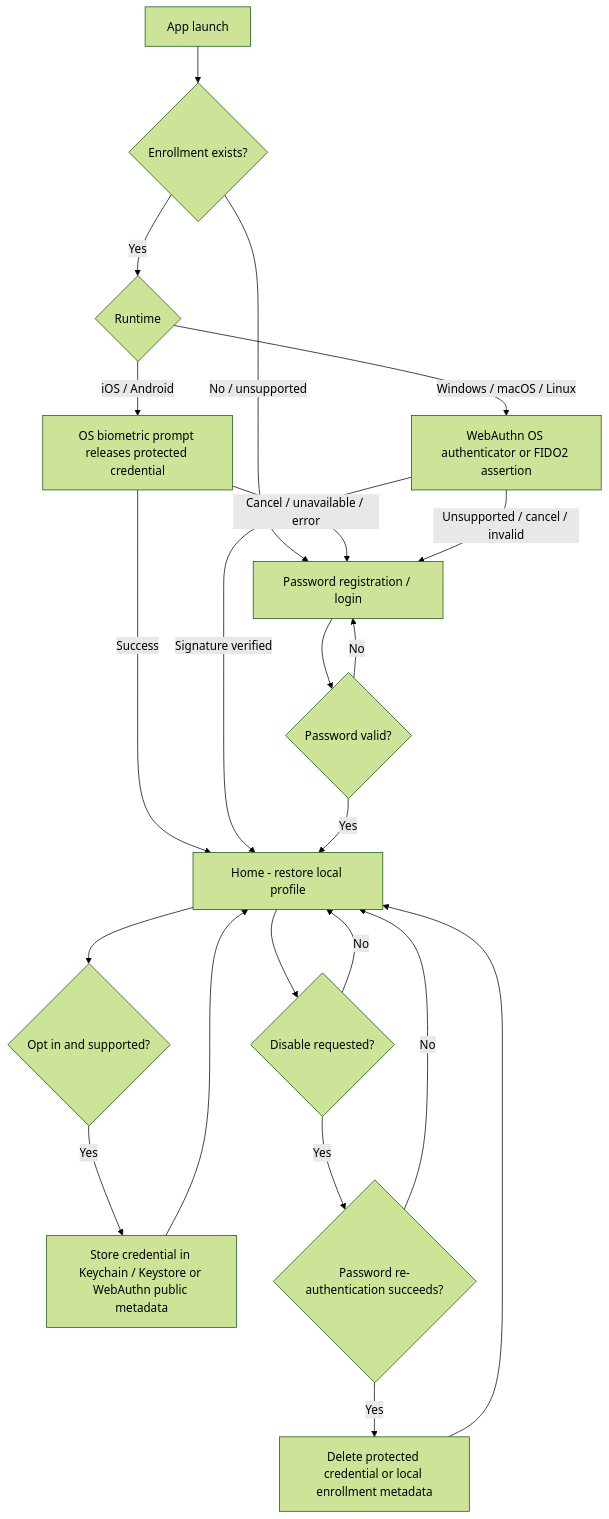
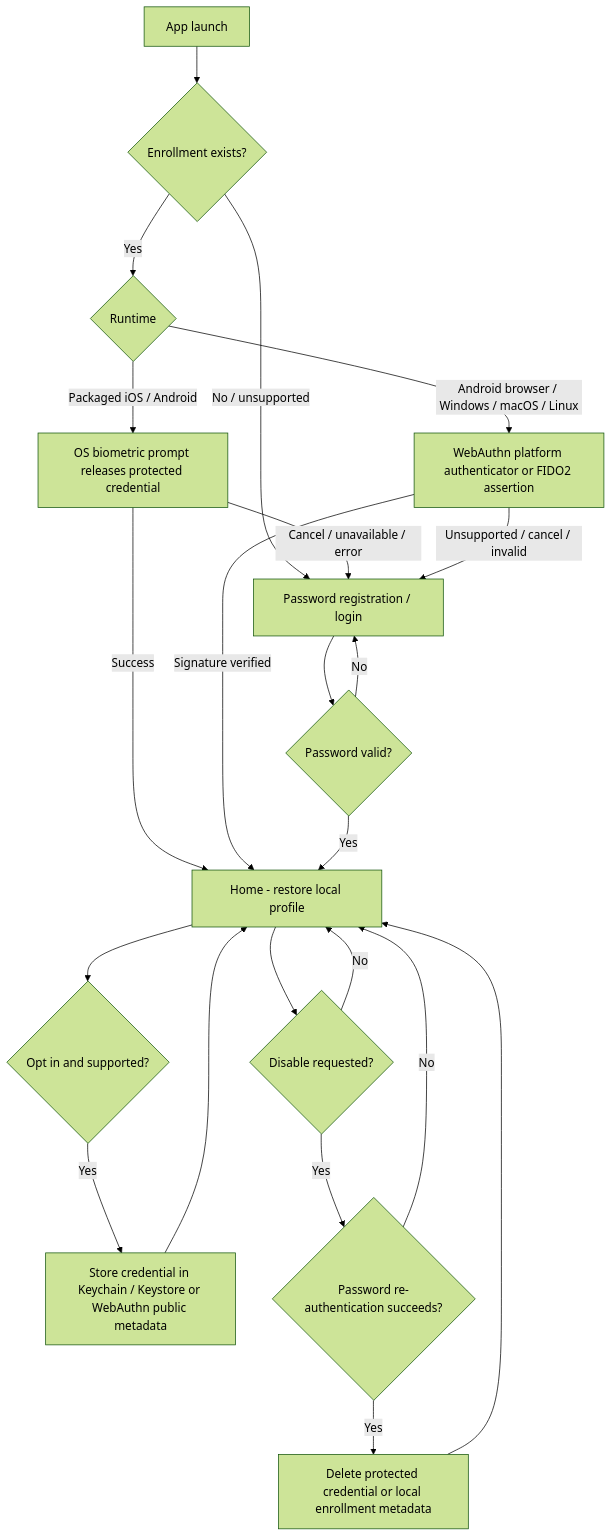
The diagram in docs/biometric-login-plan.md (eddiechan75/bioform-app), drawn with Mermaid (forest theme) before and after one commit. The commit also changed other lines of this file and 10 other files, not shown here.

Commit message:
Enable Android browser biometric unlock

````diff
--- a/docs/biometric-login-plan.md
+++ b/docs/biometric-login-plan.md
@@ -116,24 +120,24 @@
 ```mermaid
 flowchart TD
     A[App launch] --> B{Enrollment exists?}
     B -- No / unsupported --> G[Password registration / login]
     B -- Yes --> C{Runtime}
-    C -- iOS / Android --> D[OS biometric prompt releases protected credential]
-    C -- Windows / macOS / Linux --> E[WebAuthn OS authenticator or FIDO2 assertion]
+    C -- Packaged iOS / Android --> D[OS biometric prompt releases protected credential]
+    C -- Android browser / Windows / macOS / Linux --> E[WebAuthn platform authenticator or FIDO2 assertion]
     D -- Success --> F[Home - restore local profile]
     D -- Cancel / unavailable / error --> G
     E -- Signature verified --> F
     E -- Unsupported / cancel / invalid --> G
     G --> H{Password valid?}
     H -- No --> G
     H -- Yes --> F
     F --> I{Opt in and supported?}
     I -- Yes --> J[Store credential in Keychain / Keystore or WebAuthn public metadata]
     J --> F
     F --> K{Disable requested?}
     K -- Yes --> L{Password re-authentication succeeds?}
     L -- Yes --> M[Delete protected credential or local enrollment metadata]
     M --> F
     L -- No --> F
     K -- No --> F
 ```
````
